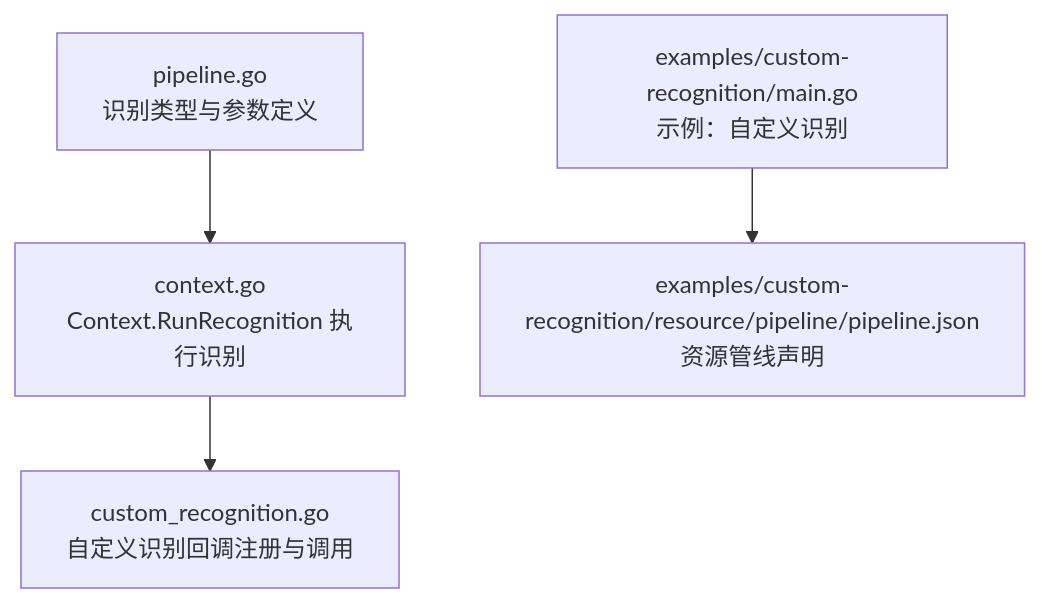
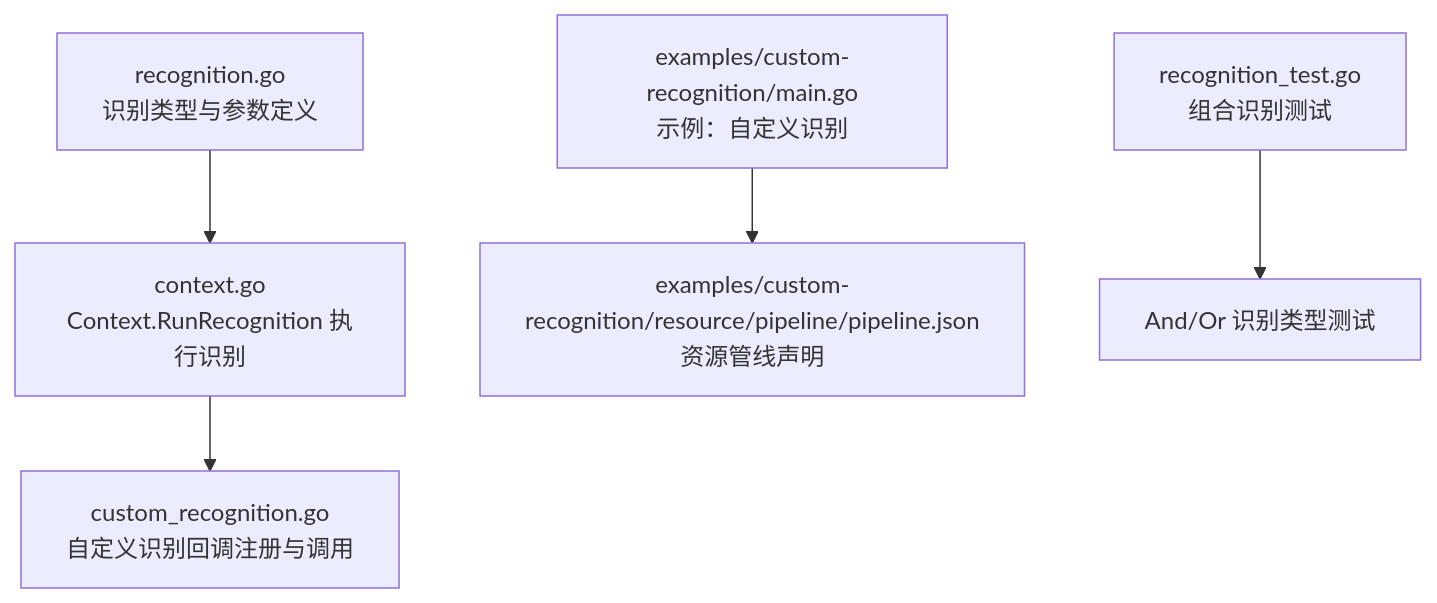
The first of 3 diagrams in instructions/maafw-golang-binding/高级功能/流水线配置/识别系统配置/识别系统配置.md (kqcoxn/MaaPipelineEditor), drawn with Mermaid before and after one commit. The commit also changed other lines of this file and 6 other files, not shown here.

````diff
--- a/instructions/maafw-golang-binding/高级功能/流水线配置/识别系统配置/识别系统配置.md
+++ b/instructions/maafw-golang-binding/高级功能/流水线配置/识别系统配置/识别系统配置.md
@@ -35,6 +44,7 @@
 ```mermaid
 graph TB
-A["pipeline.go<br/>识别类型与参数定义"] --> B["context.go<br/>Context.RunRecognition 执行识别"]
+A["recognition.go<br/>识别类型与参数定义"] --> B["context.go<br/>Context.RunRecognition 执行识别"]
 B --> C["custom_recognition.go<br/>自定义识别回调注册与调用"]
 D["examples/custom-recognition/main.go<br/>示例：自定义识别"] --> E["examples/custom-recognition/resource/pipeline/pipeline.json<br/>资源管线声明"]
+F["recognition_test.go<br/>组合识别测试"] --> G["And/Or 识别类型测试"]
 ```
````
